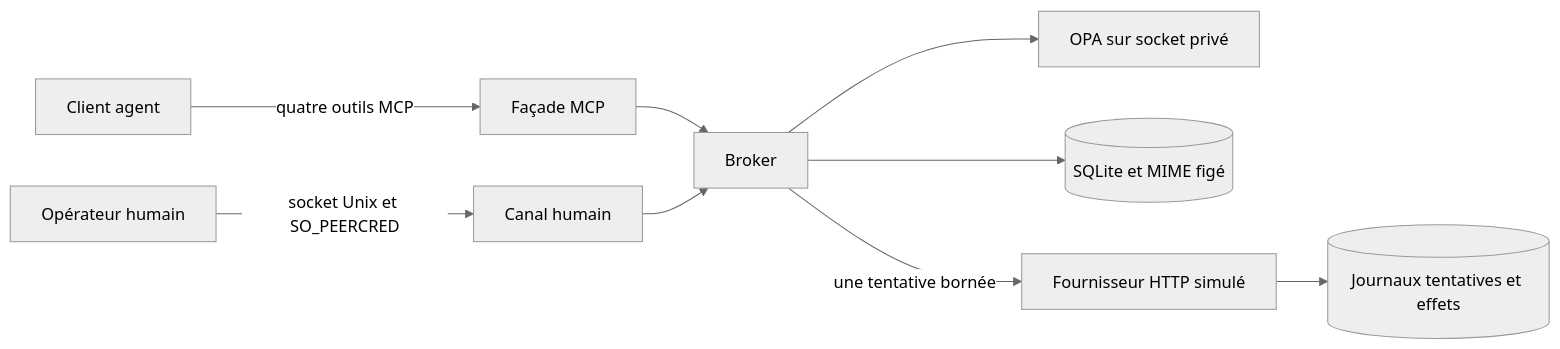
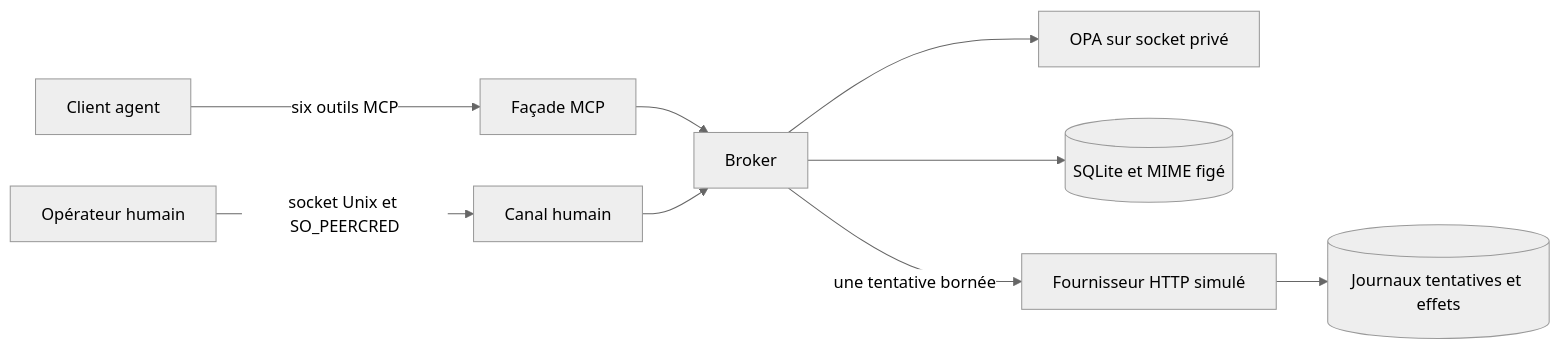
Before and after one commit to alacasse/moraine: the diagram in docs/architecture.md, drawn with Mermaid (neutral theme). The commit also changed other lines of this file and 43 other files, not shown here.

````diff
--- a/docs/architecture.md
+++ b/docs/architecture.md
@@ -11,11 +11,11 @@
 ```mermaid
 flowchart LR
-    Agent[Client agent] -->|quatre outils MCP| MCP[Façade MCP]
+    Agent[Client agent] -->|six outils MCP| MCP[Façade MCP]
     Human[Opérateur humain] -->|socket Unix et SO_PEERCRED| Unix[Canal humain]
     MCP --> Broker[Broker]
     Unix --> Broker
     Broker --> OPA[OPA sur socket privé]
     Broker --> DB[(SQLite et MIME figé)]
     Broker -->|une tentative bornée| Provider[Fournisseur HTTP simulé]
     Provider --> Evidence[(Journaux tentatives et effets)]
 ```
````
